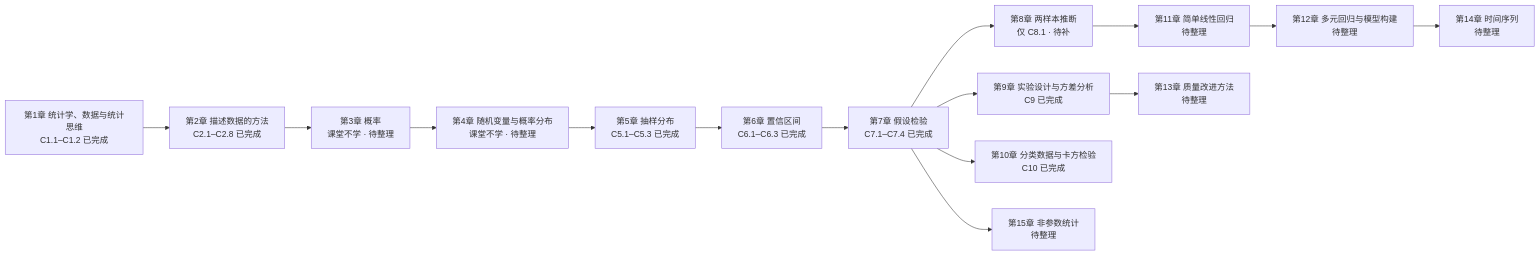
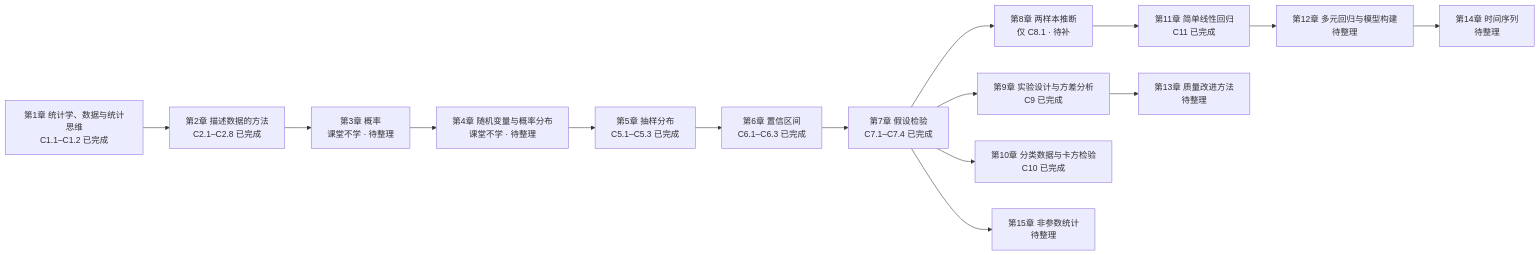
One commit to KayeAdams515/ClaudeNotes changed the diagram in 统计学/统计学课程 MOC.md. Above: the diagram before and after it, drawn with Mermaid. The commit also changed other lines of this file and 7 other files, not shown here.

Commit message:
整理统计学第11章：新增 C11 简单线性回归讲义与 5 张自绘插图，同步课程 MOC

````diff
--- a/统计学/统计学课程 MOC.md
+++ b/统计学/统计学课程 MOC.md
@@ -37,17 +37,17 @@
 ```mermaid
 flowchart LR
     A["第1章 统计学、数据与统计思维<br/>C1.1–C1.2 已完成"] --> B["第2章 描述数据的方法<br/>C2.1–C2.8 已完成"]
     B --> C["第3章 概率<br/>课堂不学 · 待整理"]
     C --> D["第4章 随机变量与概率分布<br/>课堂不学 · 待整理"]
     D --> E["第5章 抽样分布<br/>C5.1–C5.3 已完成"]
     E --> F["第6章 置信区间<br/>C6.1–C6.3 已完成"]
     F --> G["第7章 假设检验<br/>C7.1–C7.4 已完成"]
     G --> H["第8章 两样本推断<br/>仅 C8.1 · 待补"]
     G --> I["第9章 实验设计与方差分析<br/>C9 已完成"]
     G --> J["第10章 分类数据与卡方检验<br/>C10 已完成"]
-    H --> K["第11章 简单线性回归<br/>待整理"]
+    H --> K["第11章 简单线性回归<br/>C11 已完成"]
     K --> L["第12章 多元回归与模型构建<br/>待整理"]
     I --> M["第13章 质量改进方法<br/>待整理"]
     L --> N["第14章 时间序列<br/>待整理"]
     G --> O["第15章 非参数统计<br/>待整理"]
 ```
````
